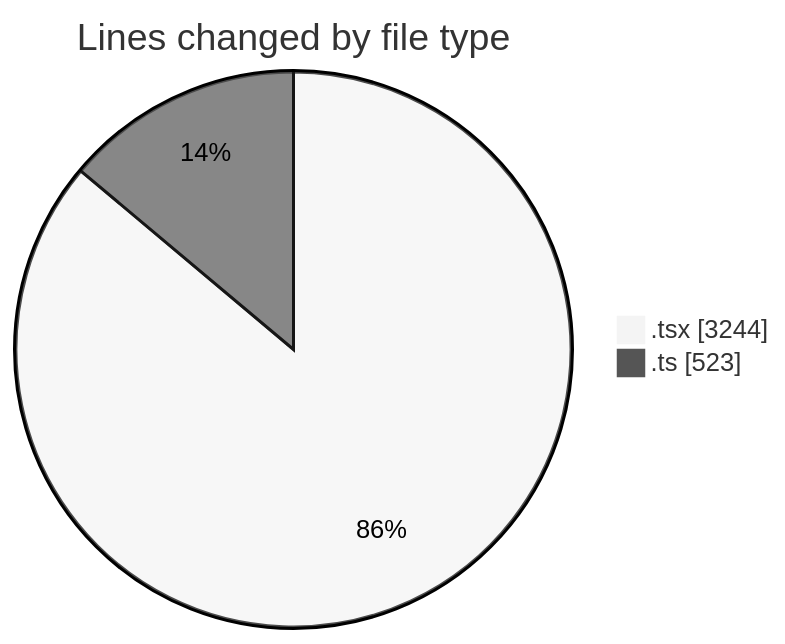
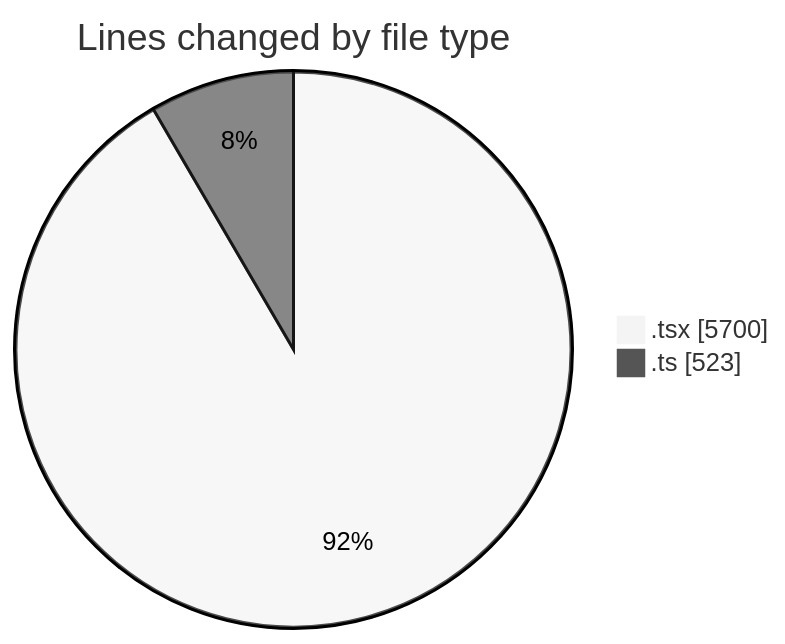
The first of 2 diagrams in 2026-04-05/nxtqube_webapp/README.md (nxtqubesakshisongat/code-tracking), drawn with Mermaid (neutral theme) before and after one commit. The commit also changed other lines of this file and 1 other file, not shown here.

````diff
--- a/2026-04-05/nxtqube_webapp/README.md
+++ b/2026-04-05/nxtqube_webapp/README.md
@@ -24,6 +24,6 @@
 ```mermaid
 pie showData
 title Lines changed by file type
-".tsx" : 3244
+".tsx" : 5700
 ".ts" : 523
 ```
````
